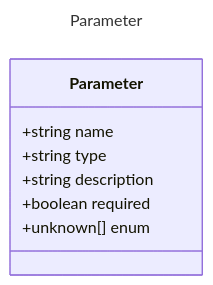
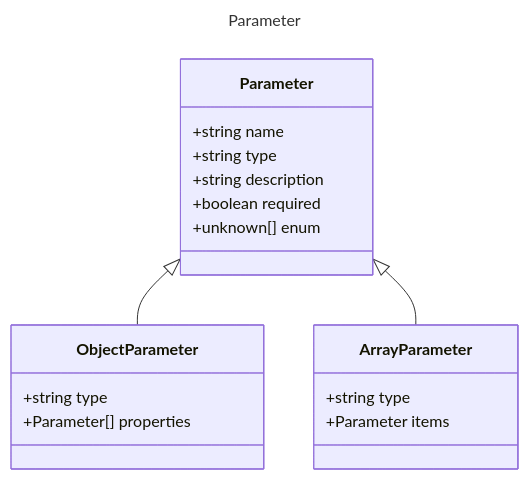
Before and after one commit to microsoft/prompty: the diagram in specification/prompty/docs/Parameter.md, drawn with Mermaid. The commit also changed other lines of this file and 26 other files, not shown here.

````diff
--- a/specification/prompty/docs/Parameter.md
+++ b/specification/prompty/docs/Parameter.md
@@ -7,13 +7,23 @@
 ```mermaid
 ---
 title: Parameter
 ---
 classDiagram
     class Parameter {
         +string name
         +string type
         +string description
         +boolean required
         +unknown[] enum
     }
+    class ObjectParameter {
+        +string type
+        +Parameter[] properties
+    }
+    Parameter <|-- ObjectParameter
+    class ArrayParameter {
+        +string type
+        +Parameter items
+    }
+    Parameter <|-- ArrayParameter
 ```
````
